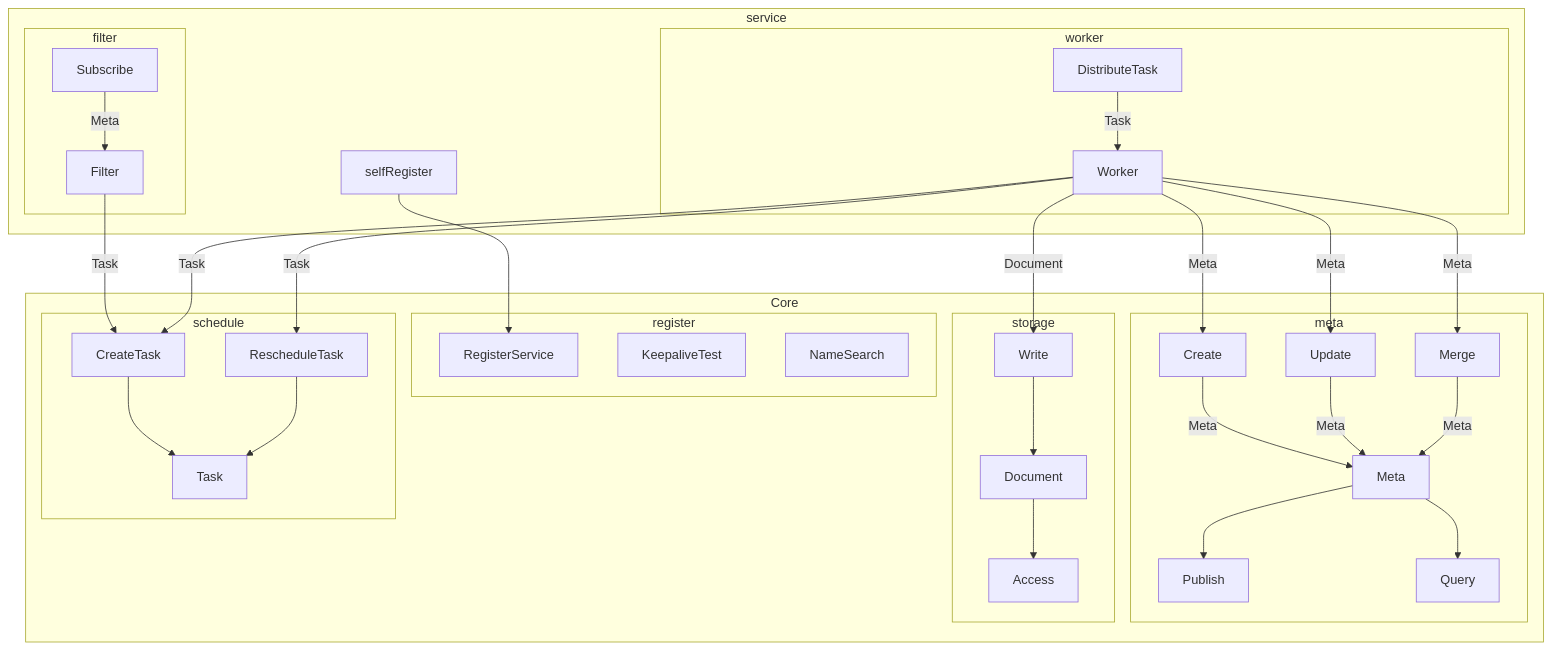
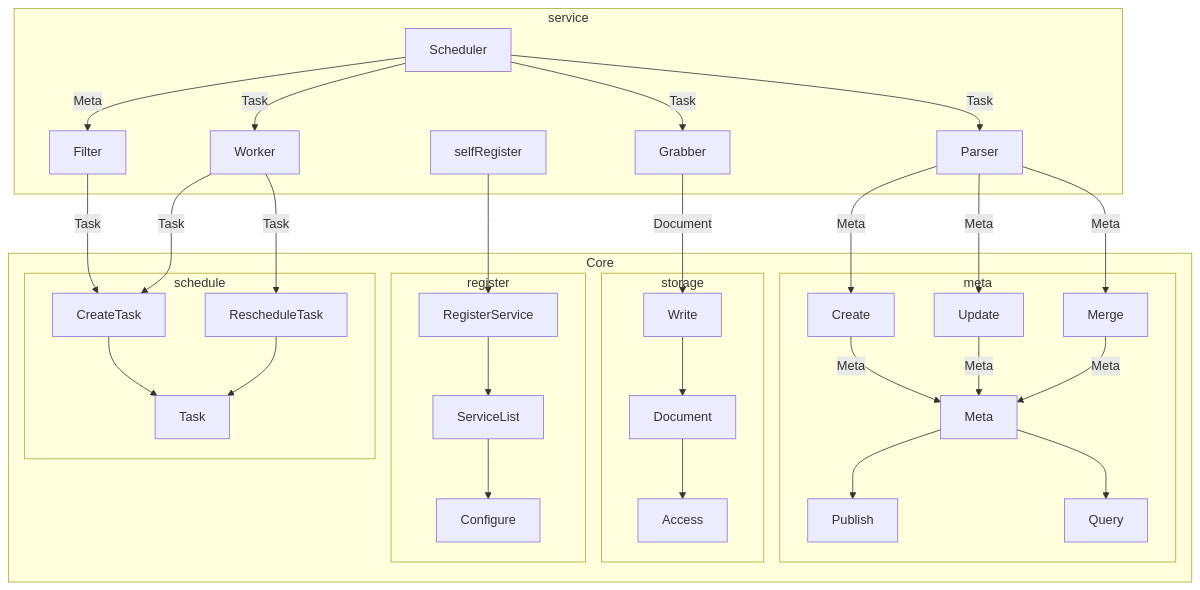
The second of 2 diagrams in Design/System Design.v2.md (Sciuromorpha/Documents), drawn with Mermaid before and after one commit. The commit also changed other lines of this file, not shown here.

Commit message:
Update Data Flow.

````diff
--- a/Design/System Design.v2.md
+++ b/Design/System Design.v2.md
@@ -35,39 +35,35 @@
 ```mermaid
 graph TD
   subgraph Core
     subgraph meta
         Create--Meta-->Meta-->Publish
         Update--Meta-->Meta
         Merge--Meta-->Meta
         Meta-->Query
     end
     subgraph storage
         Write-->Document
         Document-->Access
     end
     subgraph register
-        RegisterService
-        KeepaliveTest
-        NameSearch
+        RegisterService-->ServiceList-->Configure
     end
     subgraph schedule
         CreateTask-->Task
         RescheduleTask-->Task
     end
   end
   subgraph service
     selfRegister-->RegisterService
-    subgraph filter
-        Subscribe--Meta-->Filter--Task-->CreateTask
-    end
-    subgraph worker
-        DistributeTask--Task-->Worker
-        Worker--Meta-->Create
-        Worker--Meta-->Update
-        Worker--Meta-->Merge
-        Worker--Task-->CreateTask
-        Worker--Task-->RescheduleTask
-        Worker--Document-->Write
-    end
+    Scheduler--Meta-->Filter--Task-->CreateTask
+    Scheduler--Task-->Grabber
+    Scheduler--Task-->Parser
+    Scheduler--Task-->Worker
+    Parser--Meta-->Create
+    Parser--Meta-->Update
+    Parser--Meta-->Merge
+    Worker--Task-->CreateTask
+    Worker--Task-->RescheduleTask
+    Grabber--Document-->Write
   end
 ```
````
